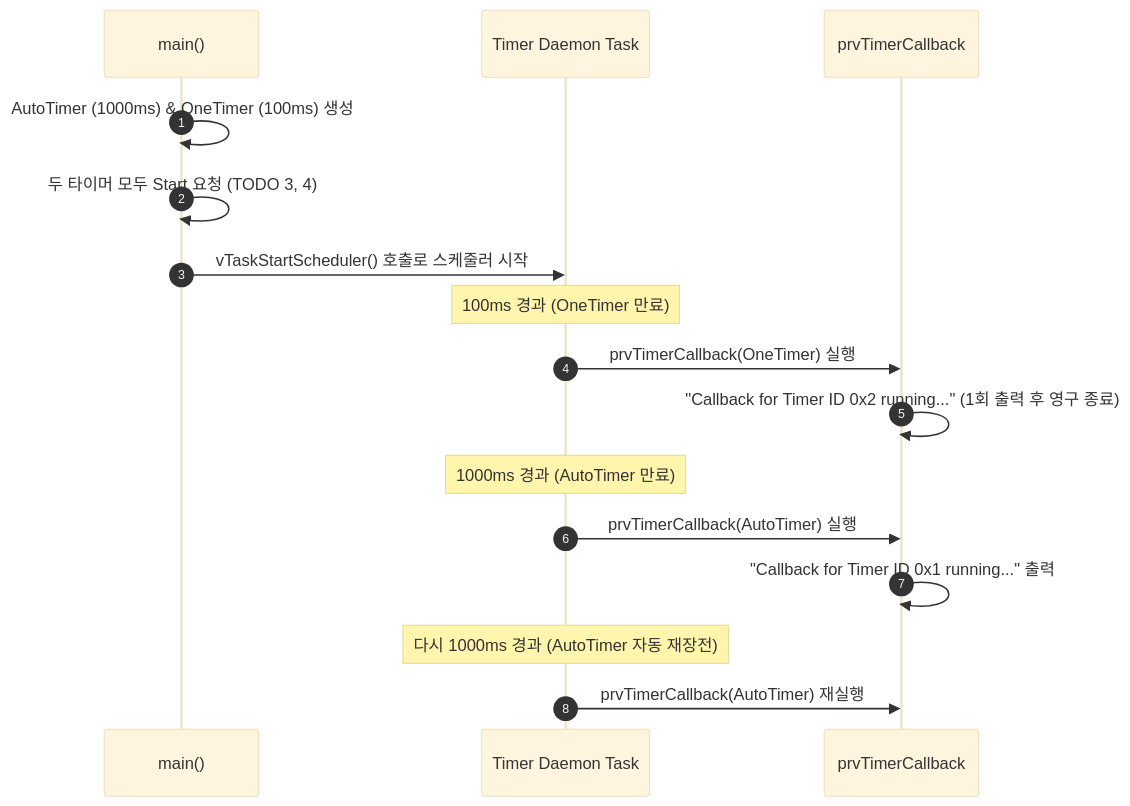
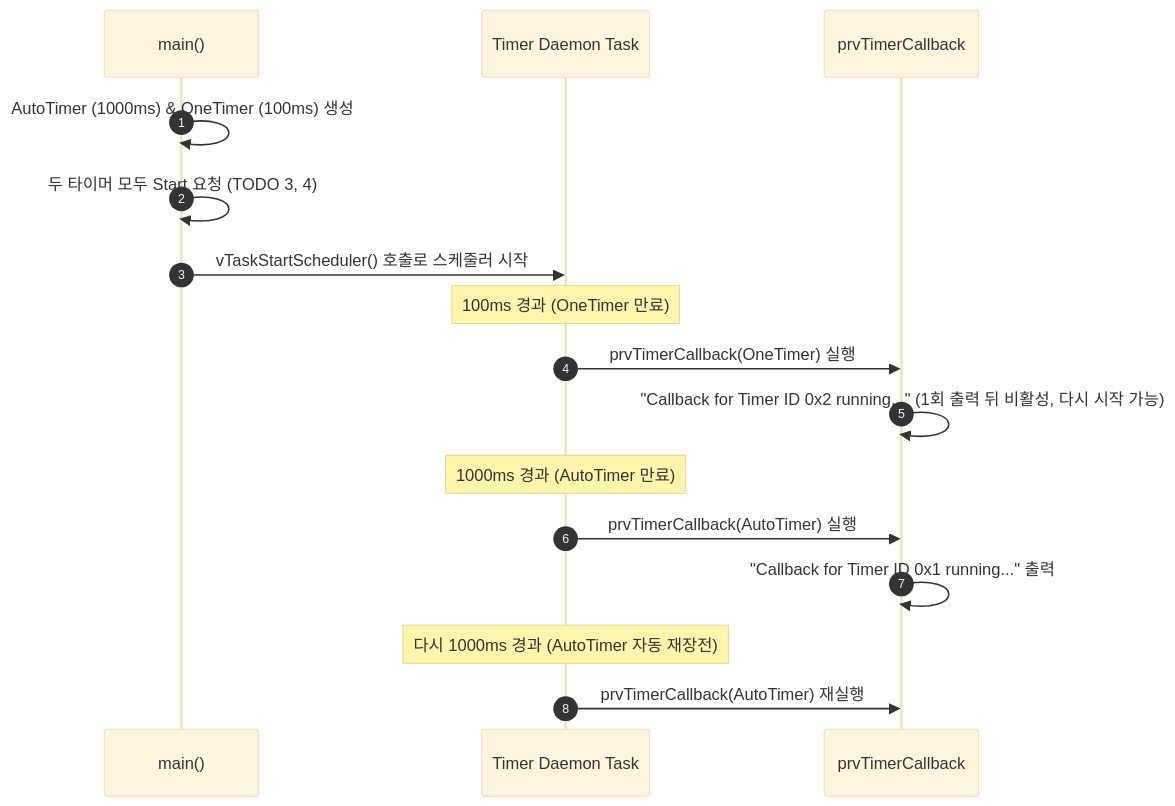
One commit to yunju-baek/FreeRTOS-Tutorials-ko changed the second of 2 diagrams in ko/guides/tutorial_11.md. Above: the diagram before and after it, drawn with Mermaid (base theme). The commit also changed other lines of this file and 37 other files, not shown here.

````diff
--- a/ko/guides/tutorial_11.md
+++ b/ko/guides/tutorial_11.md
@@ -64,22 +68,22 @@
 ```mermaid
 sequenceDiagram
     autonumber
     participant Main as main()
     participant Daemon as Timer Daemon Task
     participant CB as prvTimerCallback
 
     Main->>Main: AutoTimer (1000ms) & OneTimer (100ms) 생성
     Main->>Main: 두 타이머 모두 Start 요청 (TODO 3, 4)
     Main->>Daemon: vTaskStartScheduler() 호출로 스케줄러 시작
-    
+
     Note over Daemon: 100ms 경과 (OneTimer 만료)
     Daemon->>CB: prvTimerCallback(OneTimer) 실행
-    CB->>CB: "Callback for Timer ID 0x2 running..." (1회 출력 후 영구 종료)
+    CB->>CB: "Callback for Timer ID 0x2 running..." (1회 출력 뒤 비활성, 다시 시작 가능)
 
     Note over Daemon: 1000ms 경과 (AutoTimer 만료)
     Daemon->>CB: prvTimerCallback(AutoTimer) 실행
     CB->>CB: "Callback for Timer ID 0x1 running..." 출력
 
     Note over Daemon: 다시 1000ms 경과 (AutoTimer 자동 재장전)
     Daemon->>CB: prvTimerCallback(AutoTimer) 재실행
 ```
````
